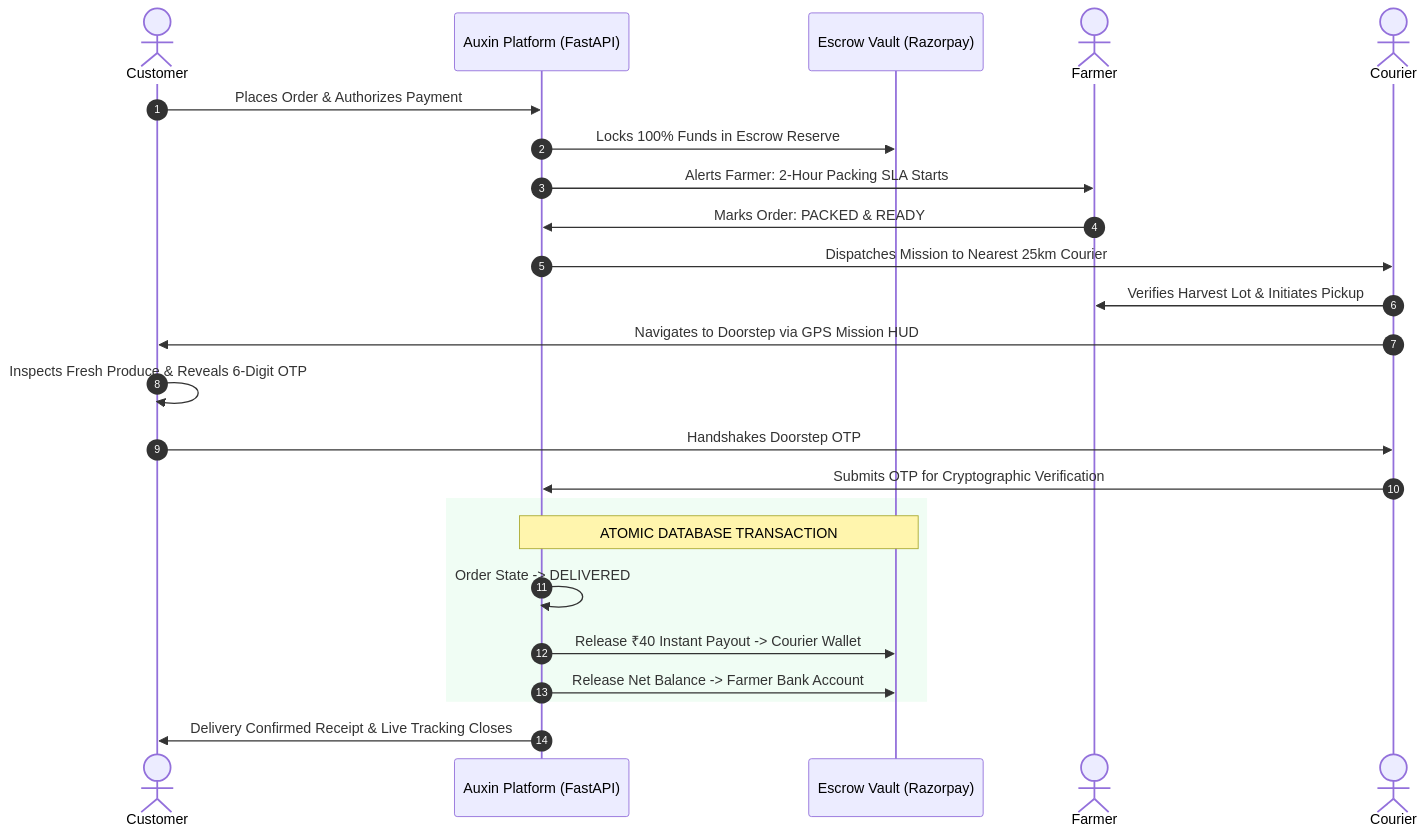
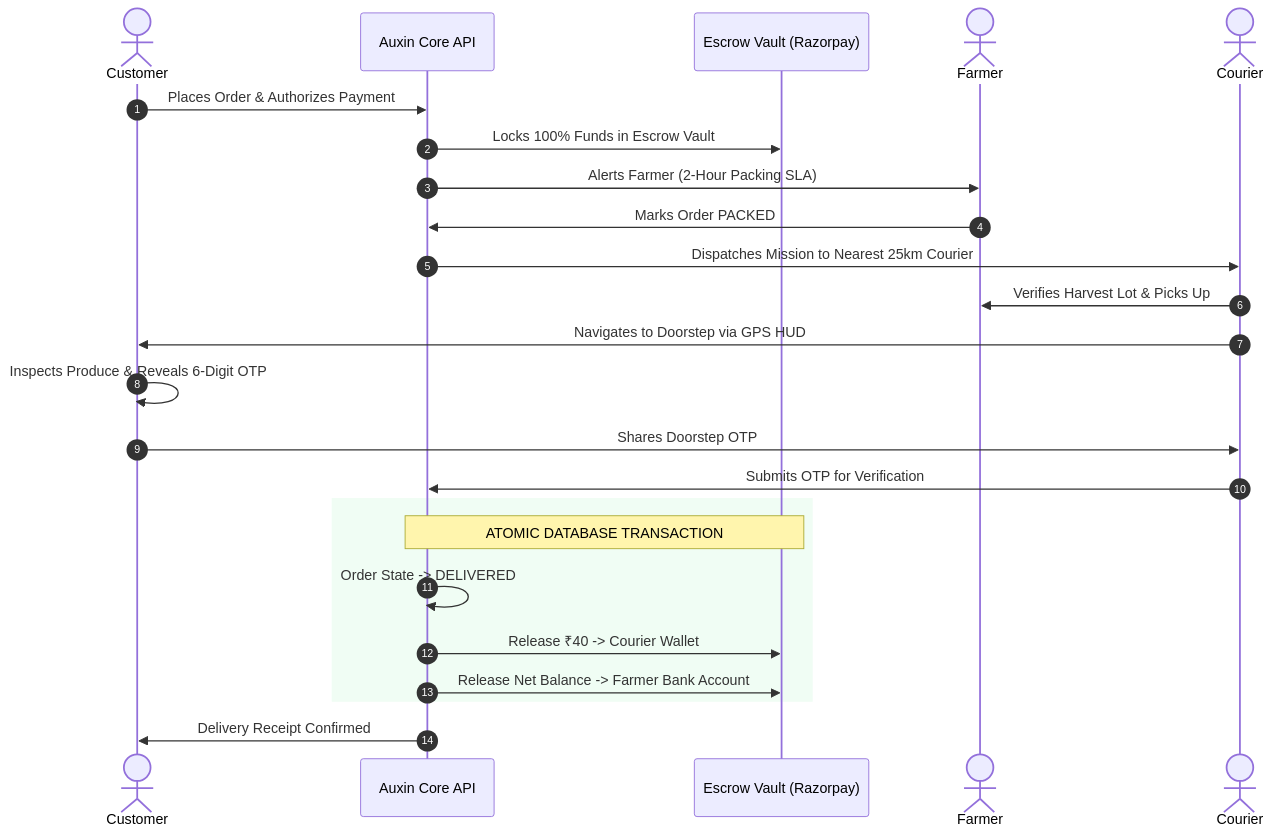
The first of 2 diagrams in README.md (SumanthMamidi-MNS/Auxin), drawn with Mermaid before and after one commit. The commit also changed other lines of this file, not shown here.

Commit message:
feat(docs): streamline README into lean, recruiter-first showcase with forest & earth badges, 10-point TOC, and live landing integration

````diff
--- a/README.md
+++ b/README.md
@@ -384,27 +215,27 @@
 ```mermaid
 sequenceDiagram
     autonumber
     actor C as Customer
-    participant P as Auxin Platform (FastAPI)
+    participant P as Auxin Core API
     participant E as Escrow Vault (Razorpay)
     actor F as Farmer
     actor R as Courier
     
     C->>P: Places Order & Authorizes Payment
-    P->>E: Locks 100% Funds in Escrow Reserve
-    P->>F: Alerts Farmer: 2-Hour Packing SLA Starts
-    F->>P: Marks Order: PACKED & READY
+    P->>E: Locks 100% Funds in Escrow Vault
+    P->>F: Alerts Farmer (2-Hour Packing SLA)
+    F->>P: Marks Order PACKED
     P->>R: Dispatches Mission to Nearest 25km Courier
-    R->>F: Verifies Harvest Lot & Initiates Pickup
-    R->>C: Navigates to Doorstep via GPS Mission HUD
-    C->>C: Inspects Fresh Produce & Reveals 6-Digit OTP
-    C->>R: Handshakes Doorstep OTP
-    R->>P: Submits OTP for Cryptographic Verification
+    R->>F: Verifies Harvest Lot & Picks Up
+    R->>C: Navigates to Doorstep via GPS HUD
+    C->>C: Inspects Produce & Reveals 6-Digit OTP
+    C->>R: Shares Doorstep OTP
+    R->>P: Submits OTP for Verification
     rect rgb(240, 253, 244)
     Note over P,E: ATOMIC DATABASE TRANSACTION
     P->>P: Order State -> DELIVERED
-    P->>E: Release ₹40 Instant Payout -> Courier Wallet
+    P->>E: Release ₹40 -> Courier Wallet
     P->>E: Release Net Balance -> Farmer Bank Account
     end
-    P->>C: Delivery Confirmed Receipt & Live Tracking Closes
+    P->>C: Delivery Receipt Confirmed
 ```
````
